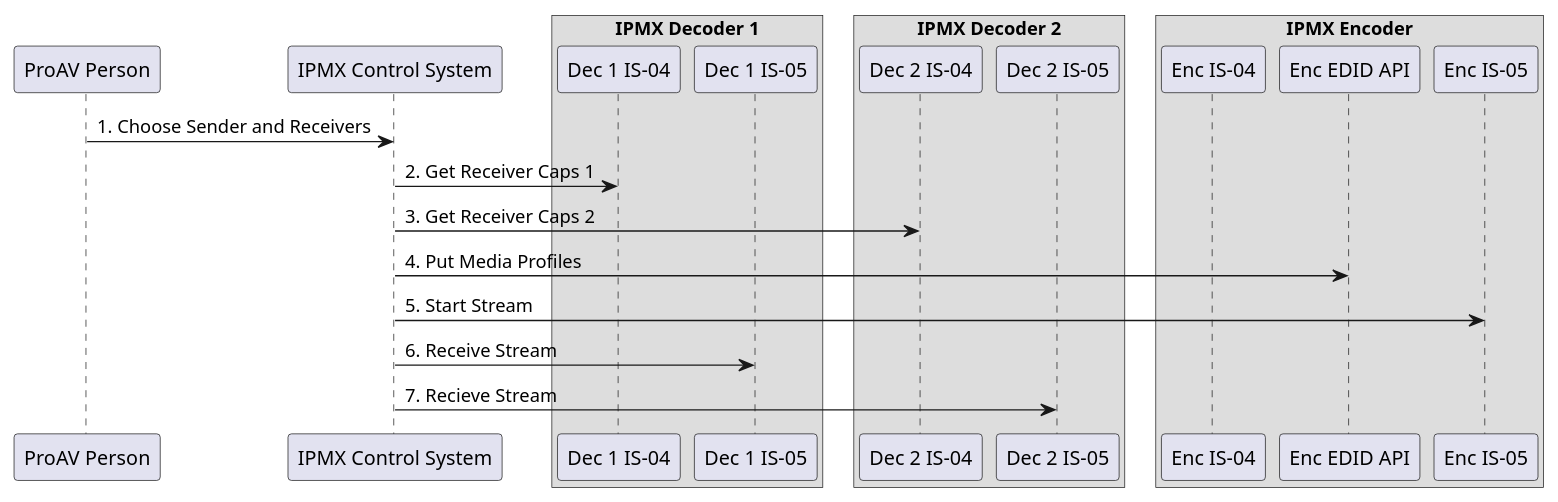
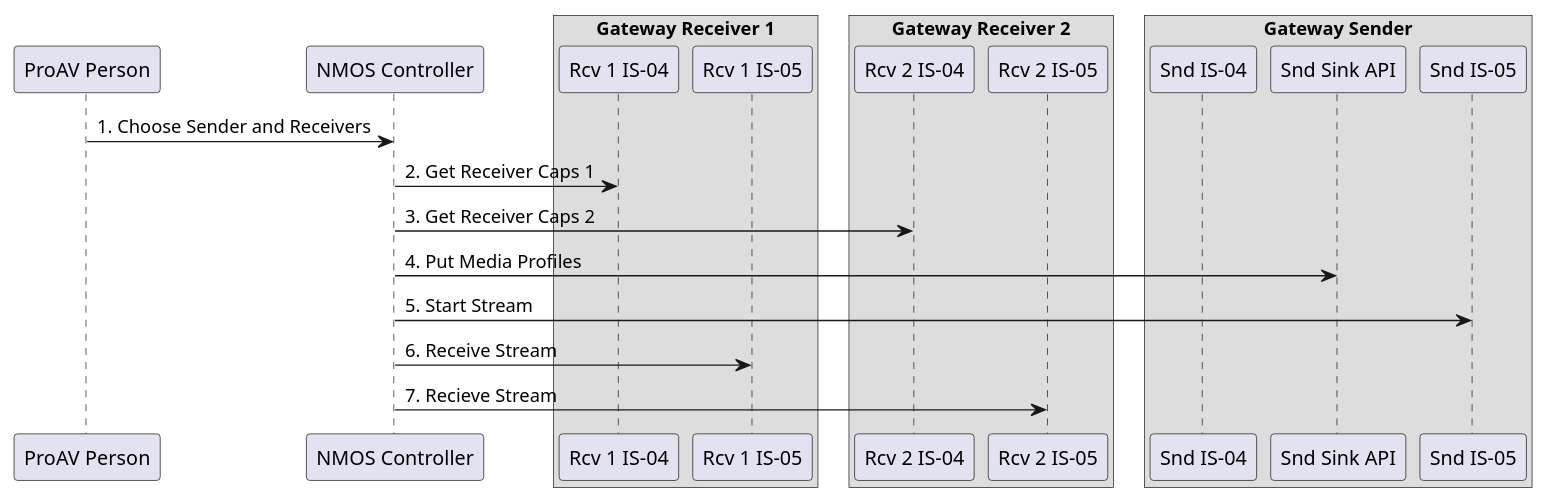
One commit to AMWA-TV/bcp-005-01 changed the diagram in docs/images/puml/connection_management_sequence.puml. Above: the diagram before and after it, drawn with PlantUML. The commit also changed 19 other files, not shown here.

First line of the commit message:
Update language in Architecture document (#45)

```diff
--- a/docs/images/puml/connection_management_sequence.puml
+++ b/docs/images/puml/connection_management_sequence.puml
@@ -1,27 +1,27 @@
 @startuml
 skinparam BoxPadding 10
 
 participant "ProAV Person"
-participant "IPMX Control System"
-box "IPMX Decoder 1"
-participant "Dec 1 IS-04"
-participant "Dec 1 IS-05"
+participant "NMOS Controller"
+box "Gateway Receiver 1"
+participant "Rcv 1 IS-04"
+participant "Rcv 1 IS-05"
 end box
-box "IPMX Decoder 2"
-participant "Dec 2 IS-04"
-participant "Dec 2 IS-05"
+box "Gateway Receiver 2"
+participant "Rcv 2 IS-04"
+participant "Rcv 2 IS-05"
 end box
-box "IPMX Encoder"
-participant "Enc IS-04"
-participant "Enc EDID API"
-participant "Enc IS-05"
+box "Gateway Sender"
+participant "Snd IS-04"
+participant "Snd Sink API"
+participant "Snd IS-05"
 end box
 
-"ProAV Person" -> "IPMX Control System": 1. Choose Sender and Receivers
-"IPMX Control System" -> "Dec 1 IS-04": 2. Get Receiver Caps 1
-"IPMX Control System" -> "Dec 2 IS-04": 3. Get Receiver Caps 2
-"IPMX Control System" -> "Enc EDID API": 4. Put Media Profiles
-"IPMX Control System" -> "Enc IS-05": 5. Start Stream
-"IPMX Control System" -> "Dec 1 IS-05": 6. Receive Stream
-"IPMX Control System" -> "Dec 2 IS-05": 7. Recieve Stream
+"ProAV Person" -> "NMOS Controller": 1. Choose Sender and Receivers
+"NMOS Controller" -> "Rcv 1 IS-04": 2. Get Receiver Caps 1
+"NMOS Controller" -> "Rcv 2 IS-04": 3. Get Receiver Caps 2
+"NMOS Controller" -> "Snd Sink API": 4. Put Media Profiles
+"NMOS Controller" -> "Snd IS-05": 5. Start Stream
+"NMOS Controller" -> "Rcv 1 IS-05": 6. Receive Stream
+"NMOS Controller" -> "Rcv 2 IS-05": 7. Recieve Stream
 @enduml
```
